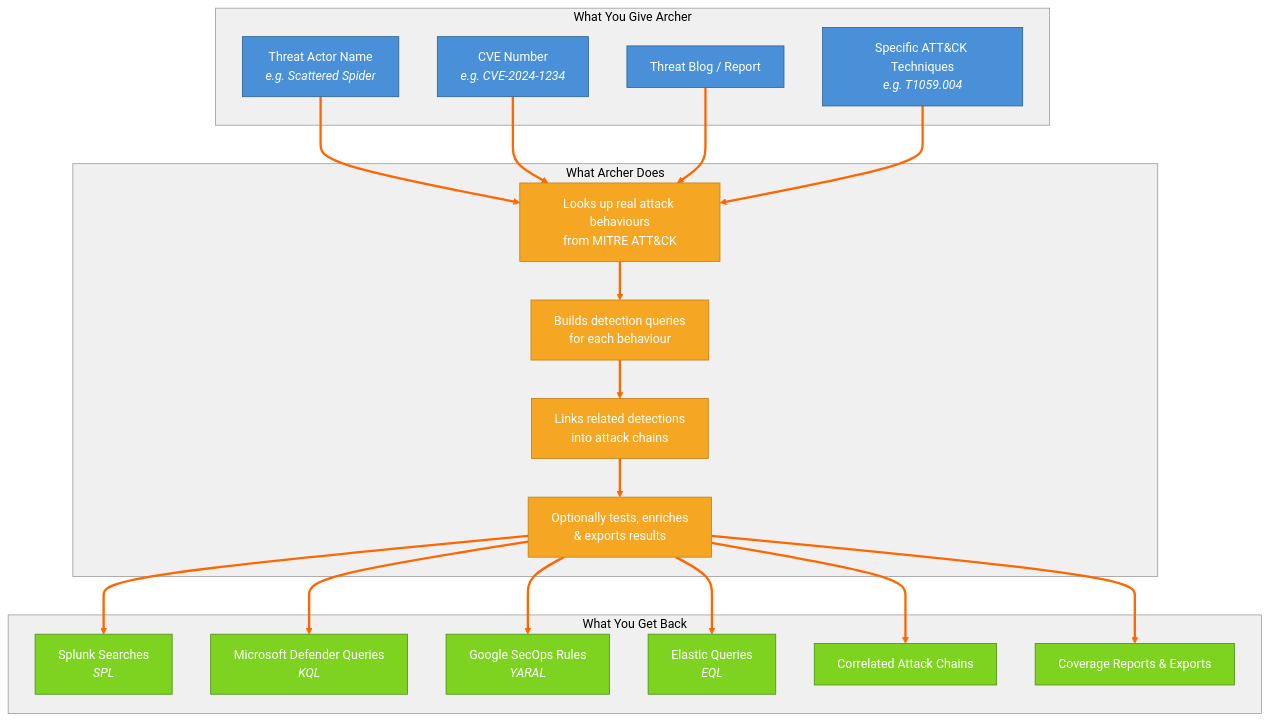
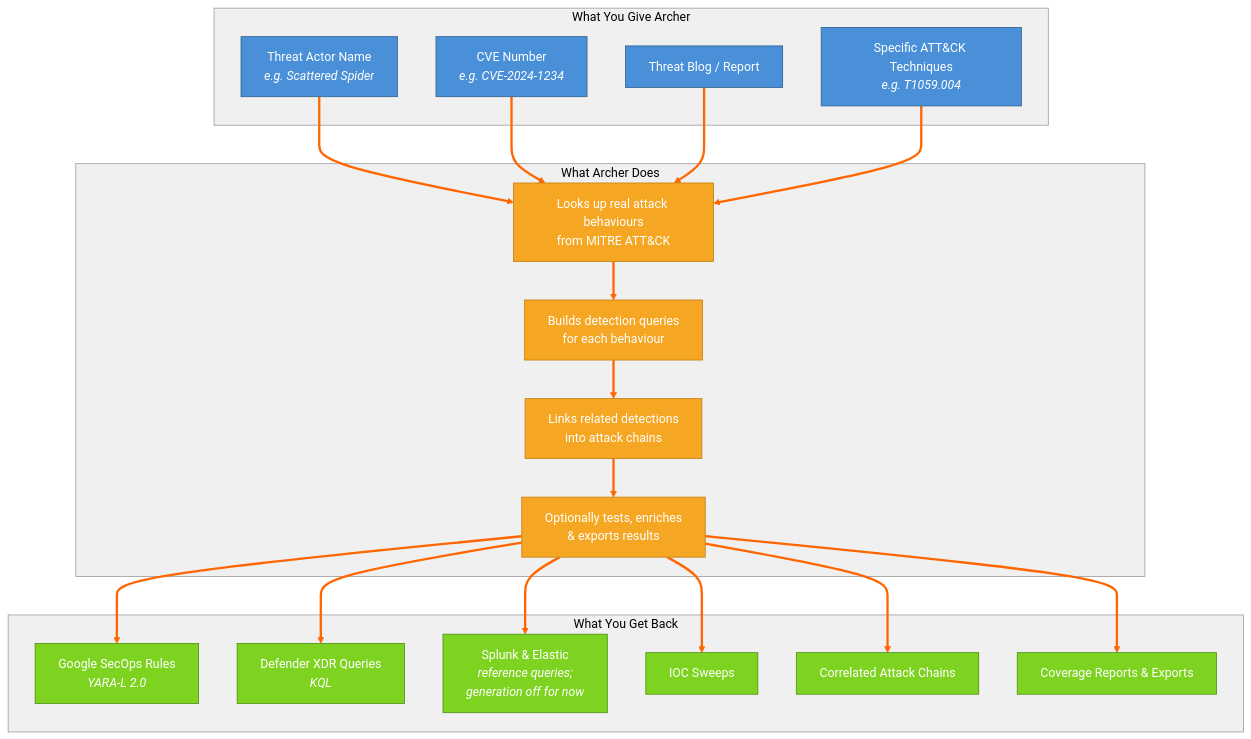
One commit to cmdaltr/shikari changed the diagram in docs/architecture/mermaid/04_1_system_overview_what_is_archer.md. Above: the diagram before and after it, drawn with Mermaid. The commit also changed other lines of this file and 61 other files, not shown here.

````diff
--- a/docs/architecture/mermaid/04_1_system_overview_what_is_archer.md
+++ b/docs/architecture/mermaid/04_1_system_overview_what_is_archer.md
@@ -5,56 +5,56 @@
 ```mermaid
 %%{init: {'theme': 'base', 'themeVariables': {'lineColor': '#ff6600', 'edgeLabelBackground': '#ffffff', 'primaryColor': '#4a90d9', 'primaryTextColor': '#ffffff', 'primaryBorderColor': '#2c5f8a', 'secondaryColor': '#e8e8e8', 'tertiaryColor': '#f5f5f5', 'clusterBkg': '#f0f0f0', 'clusterBorder': '#999999', 'titleColor': '#000000', 'nodeTextColor': '#000000', 'background': '#ffffff'}}}%%
 graph TB
     subgraph "What You Give Archer"
         A["Threat Actor Name<br/><i>e.g. Scattered Spider</i>"]
         B["CVE Number<br/><i>e.g. CVE-2024-1234</i>"]
         C["Threat Blog / Report"]
         D["Specific ATT&CK Techniques<br/><i>e.g. T1059.004</i>"]
     end
 
     subgraph "What Archer Does"
         E["Looks up real attack behaviours<br/>from MITRE ATT&CK"]
         F["Builds detection queries<br/>for each behaviour"]
         G["Links related detections<br/>into attack chains"]
         H["Optionally tests, enriches<br/>& exports results"]
     end
 
     subgraph "What You Get Back"
-        I["Splunk Searches<br/><i>SPL</i>"]
-        J["Microsoft Defender Queries<br/><i>KQL</i>"]
-        K["Google SecOps Rules<br/><i>YARAL</i>"]
-        L["Elastic Queries<br/><i>EQL</i>"]
+        I["Google SecOps Rules<br/><i>YARA-L 2.0</i>"]
+        J["Defender XDR Queries<br/><i>KQL</i>"]
+        K["Splunk & Elastic<br/><i>reference queries;<br/>generation off for now</i>"]
+        L["IOC Sweeps"]
         M["Correlated Attack Chains"]
         N["Coverage Reports & Exports"]
     end
 
     A --> E
     B --> E
     C --> E
     D --> E
     E --> F
     F --> G
     G --> H
     H --> I
     H --> J
     H --> K
     H --> L
     H --> M
     H --> N
 
     style A fill:#4a90d9,stroke:#2c5f8a,color:#fff
     style B fill:#4a90d9,stroke:#2c5f8a,color:#fff
     style C fill:#4a90d9,stroke:#2c5f8a,color:#fff
     style D fill:#4a90d9,stroke:#2c5f8a,color:#fff
     style E fill:#f5a623,stroke:#c17d10,color:#fff
     style F fill:#f5a623,stroke:#c17d10,color:#fff
     style G fill:#f5a623,stroke:#c17d10,color:#fff
     style H fill:#f5a623,stroke:#c17d10,color:#fff
     style I fill:#7ed321,stroke:#4a8c0f,color:#fff
     style J fill:#7ed321,stroke:#4a8c0f,color:#fff
     style K fill:#7ed321,stroke:#4a8c0f,color:#fff
     style L fill:#7ed321,stroke:#4a8c0f,color:#fff
     style M fill:#7ed321,stroke:#4a8c0f,color:#fff
     style N fill:#7ed321,stroke:#4a8c0f,color:#fff
     linkStyle default stroke:#ff6600,stroke-width:3px
 ```
````
